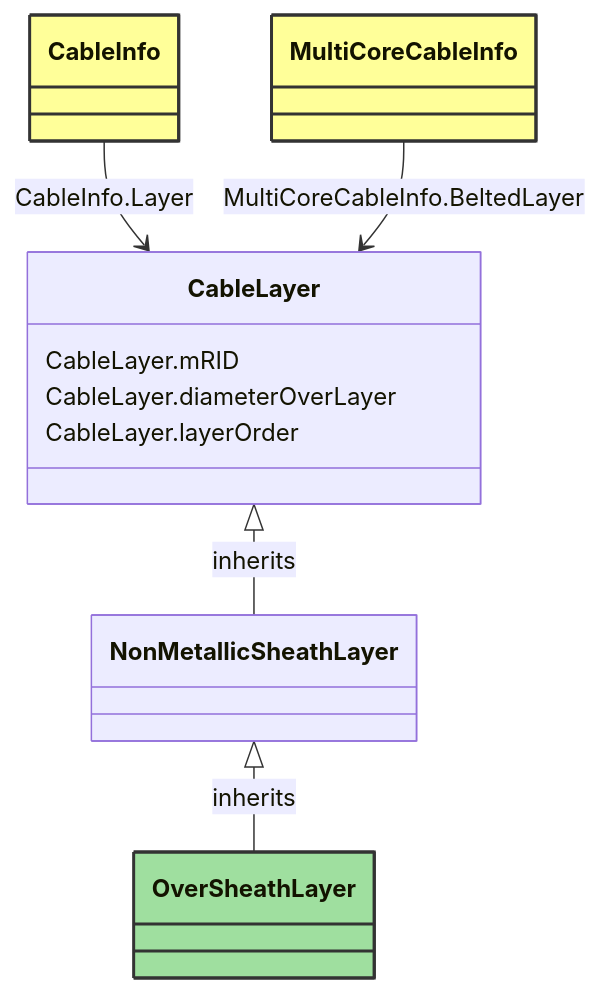
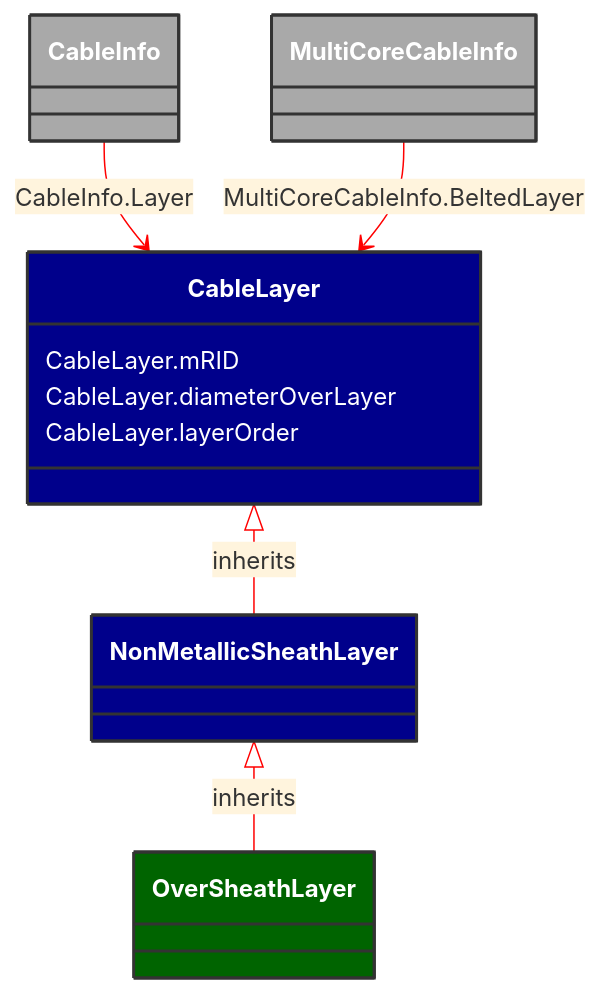
The diagram in docs/Models/Profiles/SubseaCableInfo/ConcreteClasses/OverSheathLayer.md (3lbits/NoCIMExtensions), drawn with Mermaid before and after one commit. The commit also changed 58 other files, not shown here.

````diff
--- a/docs/Models/Profiles/SubseaCableInfo/ConcreteClasses/OverSheathLayer.md
+++ b/docs/Models/Profiles/SubseaCableInfo/ConcreteClasses/OverSheathLayer.md
@@ -8,36 +8,37 @@
 ```mermaid
+%%{init: {'theme':'base','themeVariables': {'lineColor': '#FF0000'}}}%%
 classDiagram
     class OverSheathLayer
     click OverSheathLayer href "/Models/Profiles/SubseaCableInfo/ConcreteClasses/OverSheathLayer/"
-    style OverSheathLayer fill:#9fdf9f,stroke:#333,stroke-width:2px,rx:10,ry:10
+    style OverSheathLayer fill:#006400,stroke:#333,stroke-width:2px,rx:10,ry:10,color:white
 
         NonMetallicSheathLayer <|-- OverSheathLayer : inherits
             click NonMetallicSheathLayer href "/Models/Profiles/SubseaCableInfo/ConcreteClasses/NonMetallicSheathLayer/"
-            style NonMetallicSheathLayer rx:10,ry:10
+            style NonMetallicSheathLayer fill:#00008B,stroke:#333,stroke-width:2px,rx:10,ry:10,color:white
 
         OverSheathLayer
             click OverSheathLayer href "/Models/Profiles/SubseaCableInfo/ConcreteClasses/OverSheathLayer/"
-            style OverSheathLayer rx:10,ry:10
+            style NonMetallicSheathLayer fill:#00008B,stroke:#333,stroke-width:2px,rx:10,ry:10,color:white
 
         CableLayer <|-- NonMetallicSheathLayer : inherits
             click CableLayer href "/Models/Profiles/SubseaCableInfo/AbstractClasses/CableLayer/"
-            style CableLayer rx:10,ry:10
+            style CableLayer fill:#00008B,stroke:#333,stroke-width:2px,rx:10,ry:10,color:white
 
 
         CableInfo --> CableLayer : CableInfo.Layer
 
         CableInfo
             click CableInfo href "/Models/Profiles/SubseaCableInfo/ConcreteClasses/CableInfo/"
-            style CableInfo fill:#ffff99,stroke:#333,stroke-width:2px,rx:10,ry:10
+            style CableInfo fill:#A9A9A9,stroke:#333,stroke-width:2px,rx:10,ry:10,color:white
 
         MultiCoreCableInfo --> CableLayer : MultiCoreCableInfo.BeltedLayer
 
         MultiCoreCableInfo
             click MultiCoreCableInfo href "/Models/Profiles/SubseaCableInfo/ConcreteClasses/MultiCoreCableInfo/"
-            style MultiCoreCableInfo fill:#ffff99,stroke:#333,stroke-width:2px,rx:10,ry:10
+            style MultiCoreCableInfo fill:#A9A9A9,stroke:#333,stroke-width:2px,rx:10,ry:10,color:white
 
 
         CableLayer : CableLayer.mRID
         CableLayer : CableLayer.diameterOverLayer
         CableLayer : CableLayer.layerOrder
 ```
````
